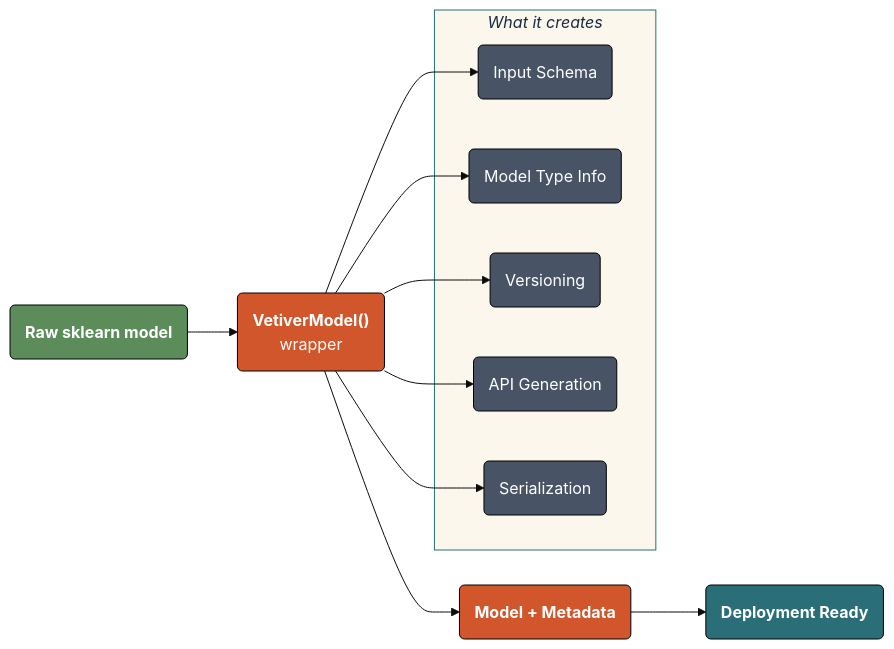
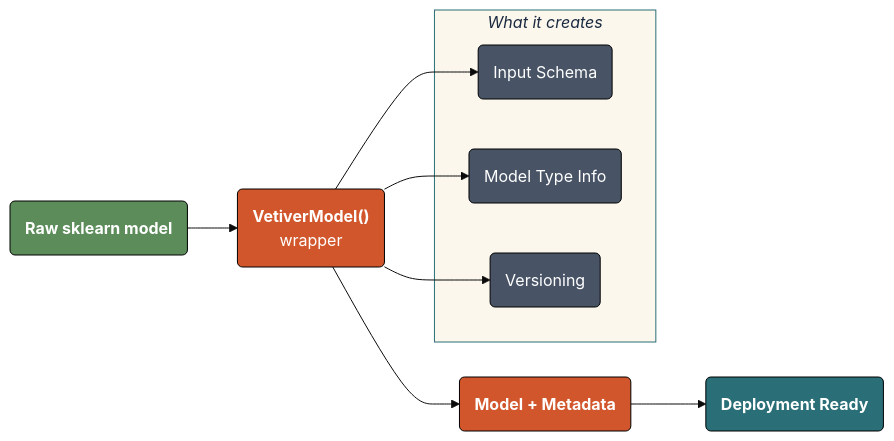
The second of 5 diagrams in lab02.qmd (mjfrigaard/do4ds-labs), drawn with Mermaid before and after one commit. The commit also changed other lines of this file and 6 other files, not shown here.

````diff
--- a/lab02.qmd
+++ b/lab02.qmd
@@ -258,37 +278,31 @@
 ```{mermaid}
 %%| fig-cap: 'VetiverModel()'
 %%| fig-align: 'center'
 %%{init: {'theme': 'base', 'look': 'classic', 'themeVariables': {'fontFamily': 'monospace'}}}%%
 
 flowchart LR
     RawMod("<strong>Raw sklearn model</strong>") --> VMod("<strong>VetiverModel()</strong><br>wrapper")
     VMod --> ModMeta("<strong>Model + Metadata</strong>")
     ModMeta --> Dep("<strong>Deployment Ready</strong>")
     
     subgraph Vet["<em>What it creates</em>"]
         InSch("Input Schema")
         ModTypeInfo("Model Type Info")
         Ver("Versioning")
-        Api("API Generation")
-        Ser("Serialization")
     end
     
     VMod --> InSch
     VMod --> ModTypeInfo 
     VMod --> Ver
-    VMod --> Api
-    VMod --> Ser
 
     %% Style for outputs %%
     style RawMod fill:#5B8C5A,stroke:#000000,stroke-width:1px,color:#ffffff
     style VMod fill:#D2562B,stroke:#000000,stroke-width:1px,color:#ffffff
     style ModMeta fill:#D2562B,stroke:#000000,stroke-width:1px,color:#ffffff
     style Dep fill:#2A6F77,stroke:#000000,stroke-width:1px,color:#ffffff
     style InSch fill:#485466,stroke:#000000,stroke-width:1px,color:#ffffff
     style ModTypeInfo fill:#485466,stroke:#000000,stroke-width:1px,color:#ffffff
     style Ver fill:#485466,stroke:#000000,stroke-width:1px,color:#ffffff
-    style Api fill:#485466,stroke:#000000,stroke-width:1px,color:#ffffff
-    style Ser fill:#485466,stroke:#000000,stroke-width:1px,color:#ffffff
     style Vet fill:#fbf7ec,stroke:#2A6F77,color:#1B2A41
     
 ```
````
